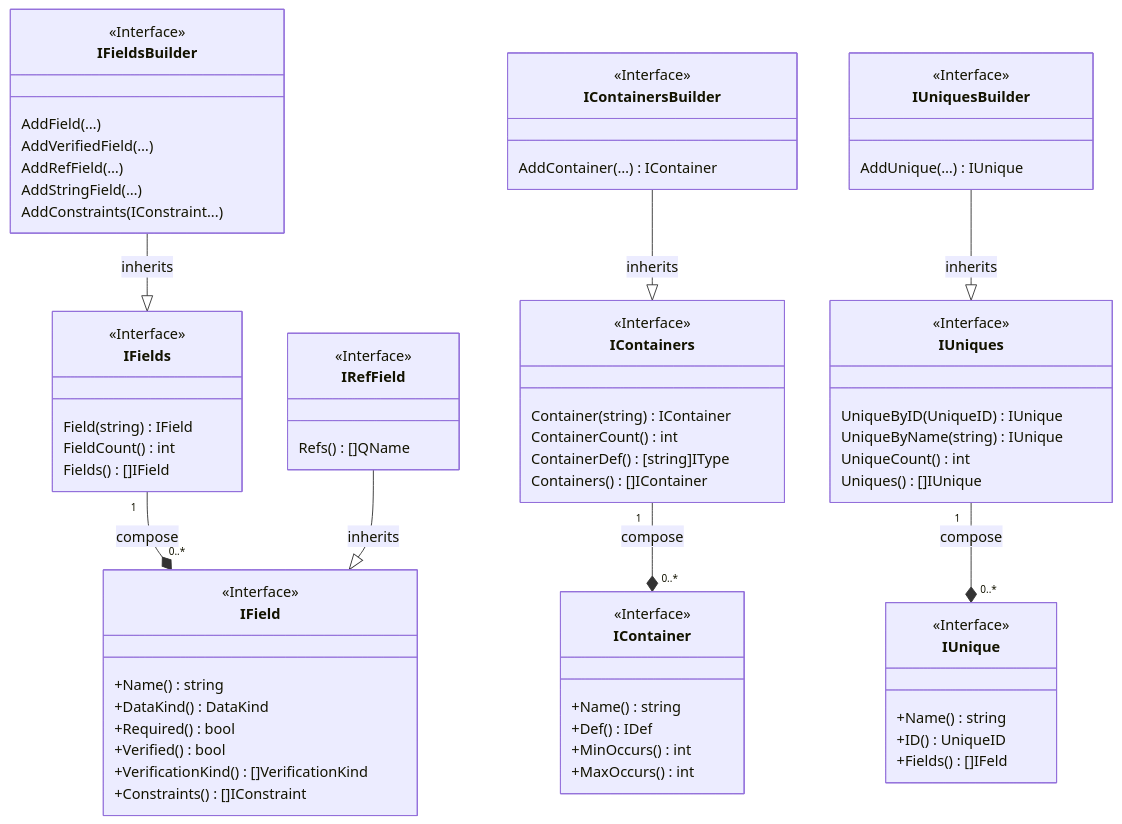
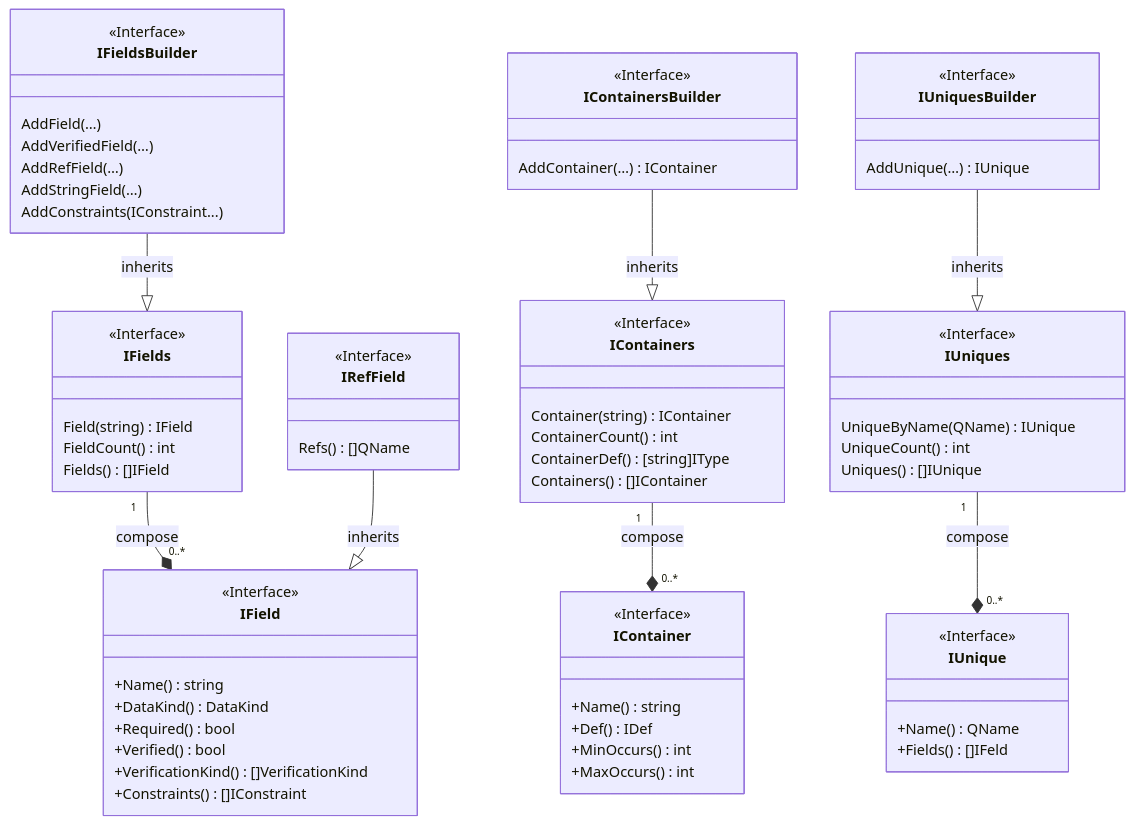
Before and after one commit to voedger/voedger: the fifth of 7 diagrams in pkg/appdef/README.md, drawn with Mermaid. The commit also changed other lines of this file, not shown here.

````diff
--- a/pkg/appdef/README.md
+++ b/pkg/appdef/README.md
@@ -414,82 +415,80 @@
 ```mermaid
 classDiagram
 
   class IField {
     <<Interface>>
     +Name() string
     +DataKind() DataKind
     +Required() bool
     +Verified() bool
     +VerificationKind() []VerificationKind
     +Constraints() []IConstraint
   }
 
   class IFields{
     <<Interface>>
     Field(string) IField
     FieldCount() int
     Fields() []IField
   }
   IFields "1" --* "0..*" IField : compose
 
   IFieldsBuilder --|> IFields : inherits
   class IFieldsBuilder {
     <<Interface>>
     AddField(…)
     AddVerifiedField(…)
     AddRefField(…)
     AddStringField(…)
     AddConstraints(IConstraint...)
   }
 
   IRefField --|> IField : inherits
   class IRefField {
     <<Interface>>
     Refs() []QName
   }
 
   class IContainer {
     <<Interface>>
     +Name() string
     +Def() IDef
     +MinOccurs() int
     +MaxOccurs() int
   }
 
   class IContainers{
     <<Interface>>
     Container(string) IContainer
     ContainerCount() int
     ContainerDef() [string]IType
     Containers() []IContainer
   }
   IContainers "1" --* "0..*" IContainer : compose
 
   IContainersBuilder --|> IContainers : inherits
   class IContainersBuilder {
     <<Interface>>
     AddContainer(…) IContainer
   }
 
   class IUnique {
     <<Interface>>
-    +Name() string
-    +ID() UniqueID
+    +Name() QName
     +Fields() []IFeld
   }
 
   class IUniques{
     <<Interface>>
-    UniqueByID(UniqueID) IUnique
-    UniqueByName(string) IUnique
+    UniqueByName(QName) IUnique
     UniqueCount() int
     Uniques() []IUnique
   }
   IUniques "1" --* "0..*" IUnique : compose
 
   IUniquesBuilder --|> IUniques : inherits
   class IUniquesBuilder {
     <<Interface>>
     AddUnique(…) IUnique
   }
 ```
````
